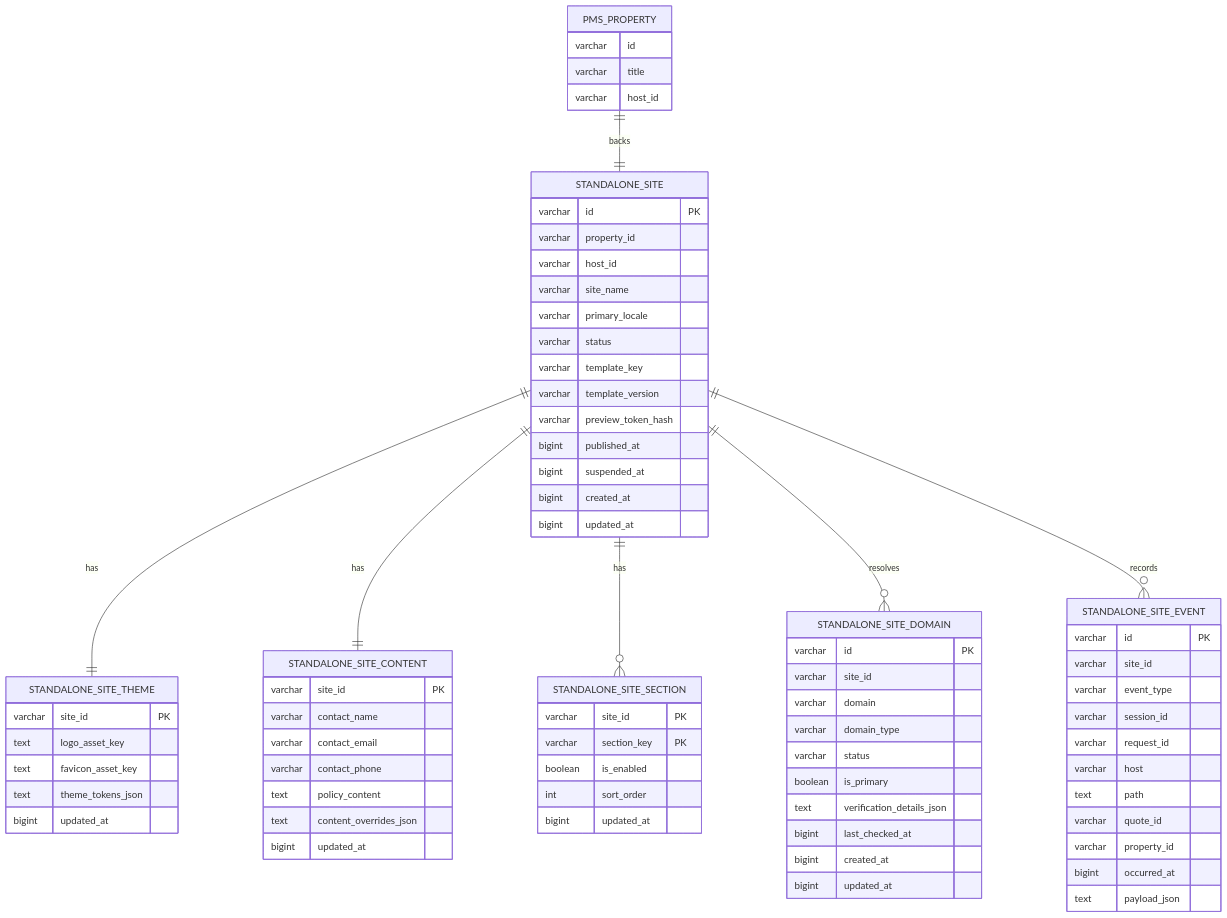
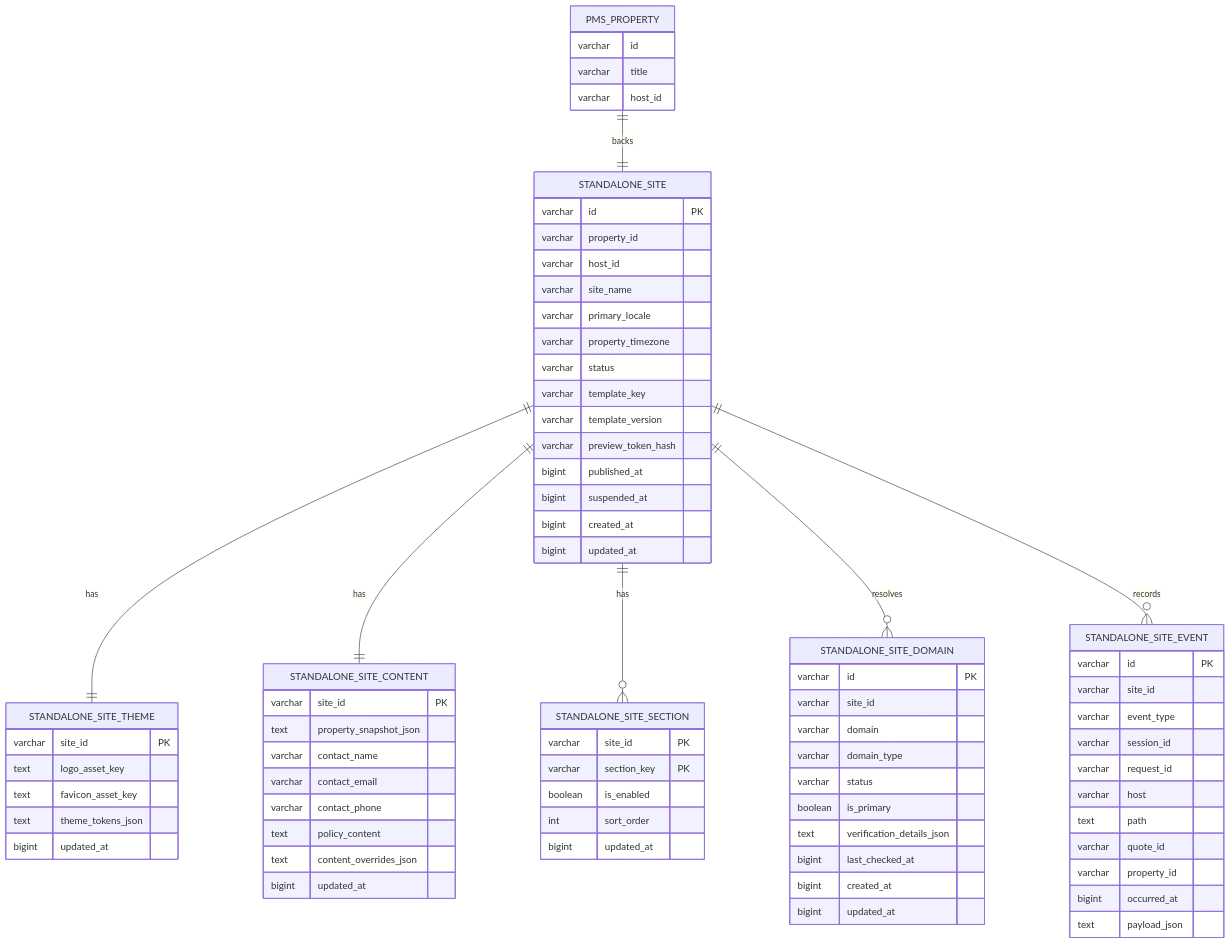
Before and after one commit to domits1/Domits: the fourth of 8 diagrams in docs/internal/apis/directbookingwebsite/standalone_property_site_design_pack.md, drawn with Mermaid. The commit also changed other lines of this file and 2 other files, not shown here.

Commit message:
docs(standalone-site): align v1 architecture docs with published snapshots and english-first locale

````diff
--- a/docs/internal/apis/directbookingwebsite/standalone_property_site_design_pack.md
+++ b/docs/internal/apis/directbookingwebsite/standalone_property_site_design_pack.md
@@ -388,78 +398,80 @@
 ```mermaid
 erDiagram
     PMS_PROPERTY ||--|| STANDALONE_SITE : backs
     STANDALONE_SITE ||--|| STANDALONE_SITE_THEME : has
     STANDALONE_SITE ||--|| STANDALONE_SITE_CONTENT : has
     STANDALONE_SITE ||--o{ STANDALONE_SITE_SECTION : has
     STANDALONE_SITE ||--o{ STANDALONE_SITE_DOMAIN : resolves
     STANDALONE_SITE ||--o{ STANDALONE_SITE_EVENT : records
 
     PMS_PROPERTY {
       varchar id
       varchar title
       varchar host_id
     }
     STANDALONE_SITE {
       varchar id PK
       varchar property_id
       varchar host_id
       varchar site_name
       varchar primary_locale
+      varchar property_timezone
       varchar status
       varchar template_key
       varchar template_version
       varchar preview_token_hash
       bigint published_at
       bigint suspended_at
       bigint created_at
       bigint updated_at
     }
     STANDALONE_SITE_THEME {
       varchar site_id PK
       text logo_asset_key
       text favicon_asset_key
       text theme_tokens_json
       bigint updated_at
     }
     STANDALONE_SITE_CONTENT {
       varchar site_id PK
+      text property_snapshot_json
       varchar contact_name
       varchar contact_email
       varchar contact_phone
       text policy_content
       text content_overrides_json
       bigint updated_at
     }
     STANDALONE_SITE_SECTION {
       varchar site_id PK
       varchar section_key PK
       boolean is_enabled
       int sort_order
       bigint updated_at
     }
     STANDALONE_SITE_DOMAIN {
       varchar id PK
       varchar site_id
       varchar domain
       varchar domain_type
       varchar status
       boolean is_primary
       text verification_details_json
       bigint last_checked_at
       bigint created_at
       bigint updated_at
     }
     STANDALONE_SITE_EVENT {
       varchar id PK
       varchar site_id
       varchar event_type
       varchar session_id
       varchar request_id
       varchar host
       text path
       varchar quote_id
       varchar property_id
       bigint occurred_at
       text payload_json
     }
 ```
````
